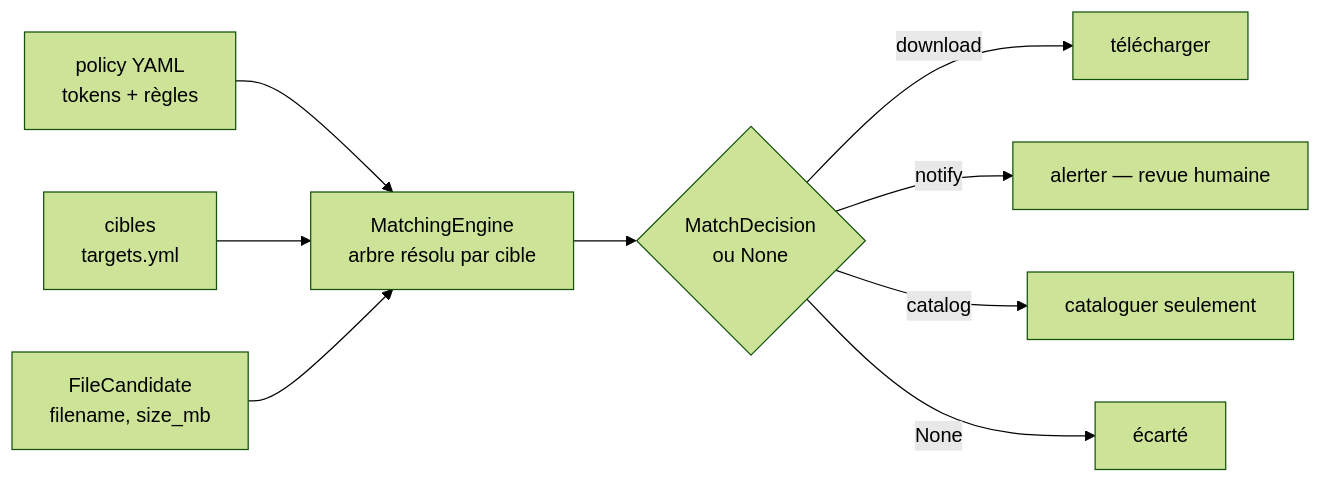
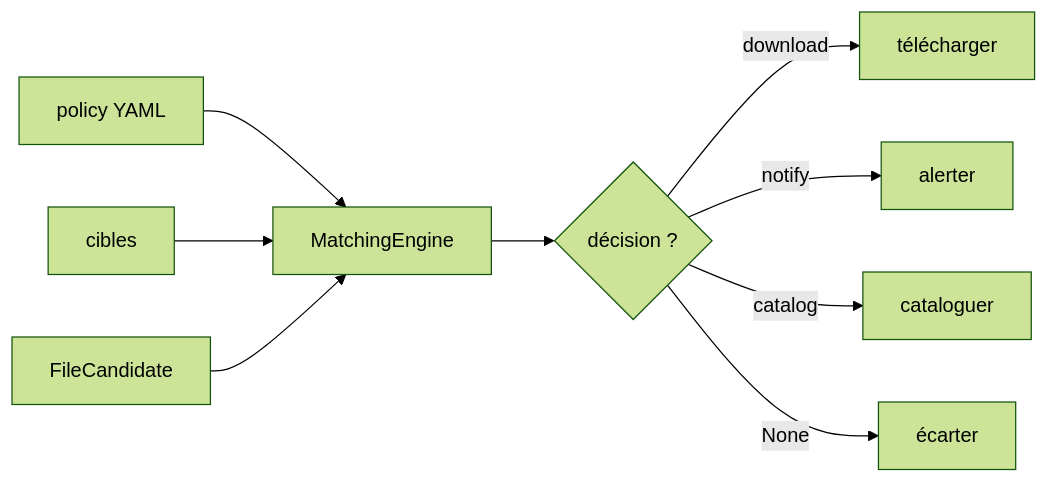
The seventh of 10 diagrams in docs/architecture.md (GeoffreyCoulaud/mulewatch), drawn with Mermaid (forest theme) before and after one commit. The commit also changed other lines of this file, not shown here.

First line of the commit message:
docs(architecture): diagrammes — trafic via gluetun, notifs via URL apprise, labels courts

````diff
--- a/docs/architecture.md
+++ b/docs/architecture.md
@@ -196,16 +205,16 @@
 ```mermaid
 flowchart LR
-  yaml["policy YAML<br/>tokens + règles"]
-  tgt["cibles<br/>targets.yml"]
-  eng["MatchingEngine<br/>arbre résolu par cible"]
-  cand["FileCandidate<br/>filename, size_mb"]
-  dec{"MatchDecision<br/>ou None"}
+  yaml["policy YAML"]
+  tgt["cibles"]
+  eng["MatchingEngine"]
+  cand["FileCandidate"]
+  dec{"décision ?"}
 
   yaml --> eng
   tgt --> eng
   cand --> eng --> dec
   dec -->|download| a1["télécharger"]
-  dec -->|notify| a2["alerter — revue humaine"]
-  dec -->|catalog| a3["cataloguer seulement"]
-  dec -->|None| a4["écarté"]
+  dec -->|notify| a2["alerter"]
+  dec -->|catalog| a3["cataloguer"]
+  dec -->|None| a4["écarter"]
 ```
````
